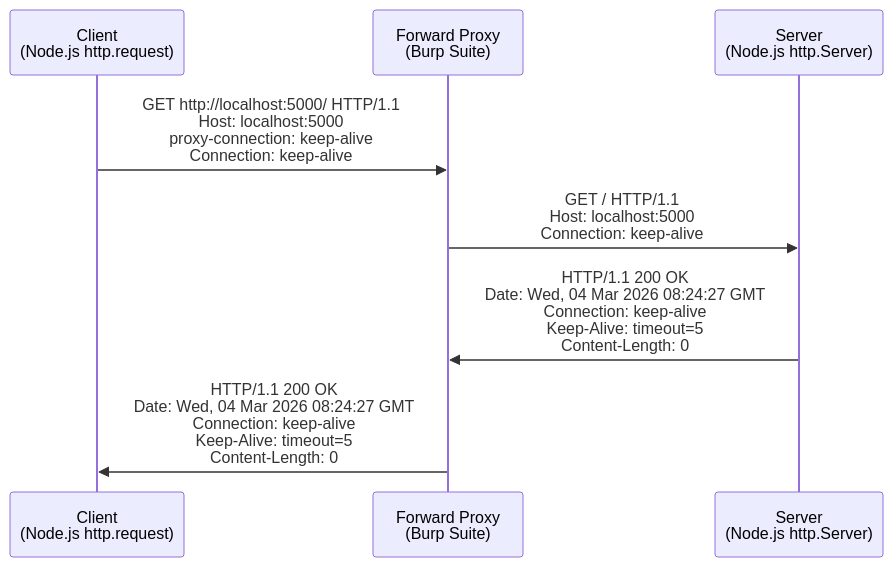
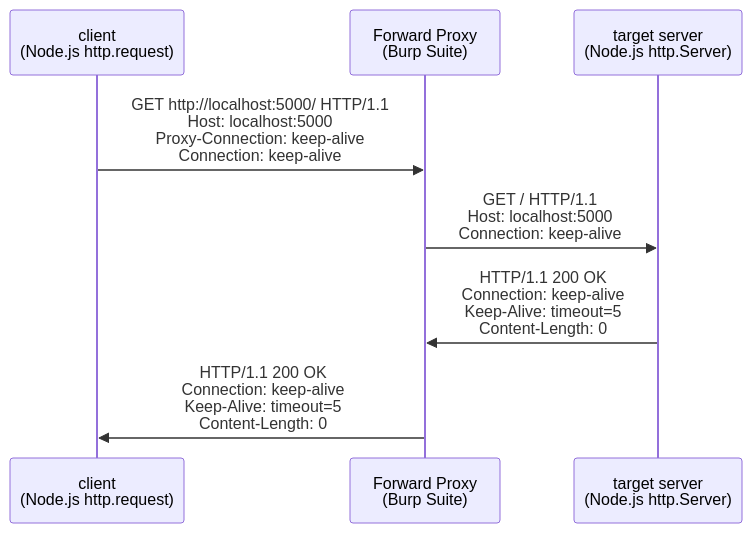
The fourth of 8 diagrams in docs/nodejs/http_proxy.md (samuel871211/yusheng-tech-blog), drawn with Mermaid before and after one commit. The commit also changed other lines of this file and 2 other files, not shown here.

Commit message:
http_proxy

````diff
--- a/docs/nodejs/http_proxy.md
+++ b/docs/nodejs/http_proxy.md
@@ -109,12 +108,12 @@
 ```mermaid
 sequenceDiagram
-  participant C as Client<br/>(Node.js http.request)
+  participant C as client<br/>(Node.js http.request)
   participant P as Forward Proxy<br/>(Burp Suite)
-  participant S as Server<br/>(Node.js http.Server)
+  participant S as target server<br/>(Node.js http.Server)
 
-  C ->> P: GET http://localhost:5000/ HTTP/1.1<br/>Host: localhost:5000<br/>proxy-connection: keep-alive<br/>Connection: keep-alive
+  C ->> P: GET http://localhost:5000/ HTTP/1.1<br/>Host: localhost:5000<br/>Proxy-Connection: keep-alive<br/>Connection: keep-alive
   P ->> S: GET / HTTP/1.1<br/>Host: localhost:5000<br/>Connection: keep-alive
 
-  S ->> P: HTTP/1.1 200 OK<br/>Date: Wed, 04 Mar 2026 08:24:27 GMT<br/>Connection: keep-alive<br/>Keep-Alive: timeout=5<br/>Content-Length: 0
-  P ->> C: HTTP/1.1 200 OK<br/>Date: Wed, 04 Mar 2026 08:24:27 GMT<br/>Connection: keep-alive<br/>Keep-Alive: timeout=5<br/>Content-Length: 0
+  S ->> P: HTTP/1.1 200 OK<br/>Connection: keep-alive<br/>Keep-Alive: timeout=5<br/>Content-Length: 0
+  P ->> C: HTTP/1.1 200 OK<br/>Connection: keep-alive<br/>Keep-Alive: timeout=5<br/>Content-Length: 0
 ```
````
